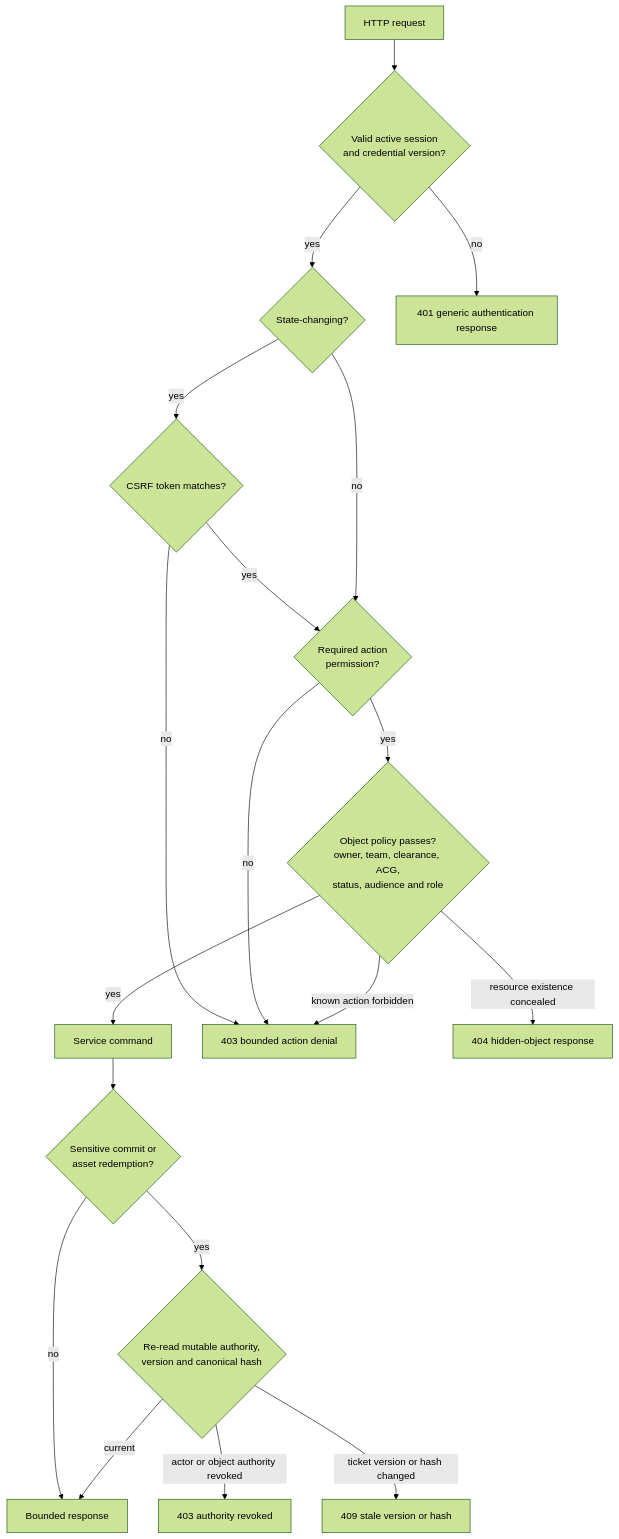
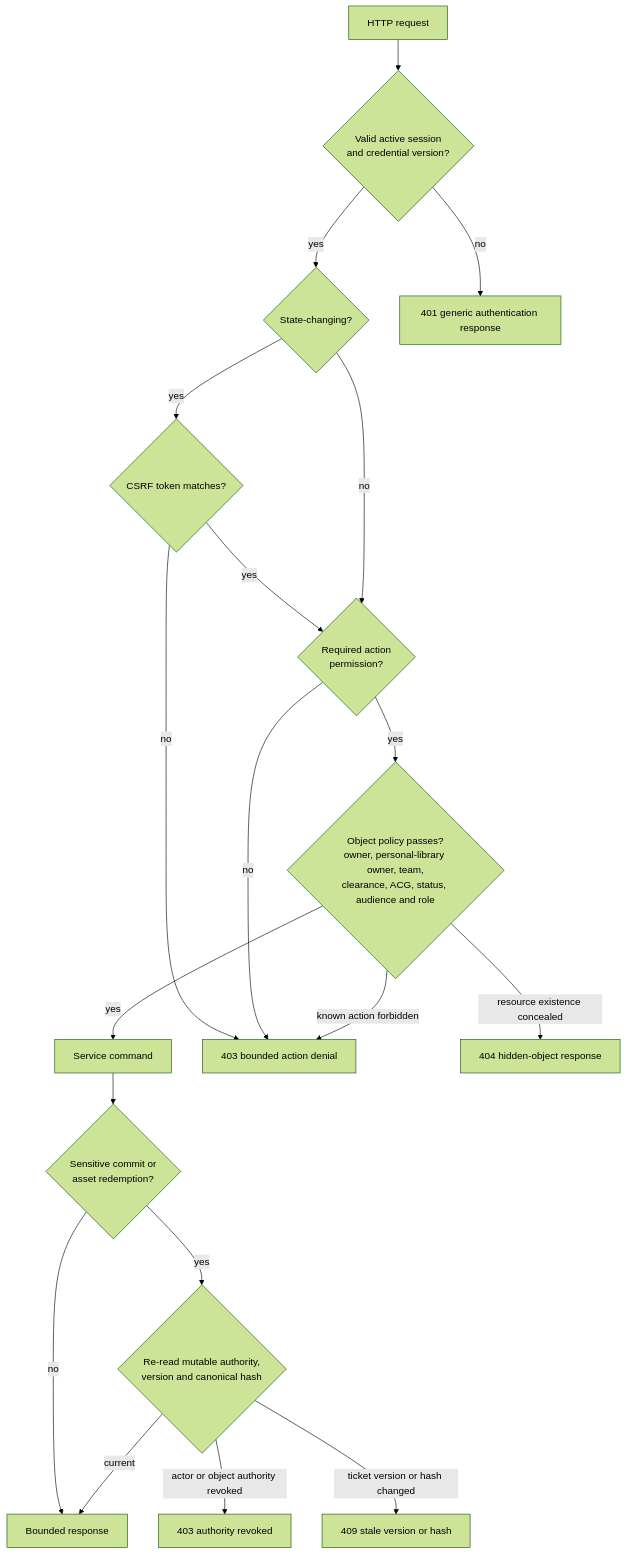
The second of 6 diagrams in docs/architecture/SECURITY_AND_TRUST.md (ShabalalaWATP/Coeus), drawn with Mermaid (forest theme) before and after one commit. The commit also changed other lines of this file and 36 other files, not shown here.

Commit message:
docs: refresh interface and architecture guidance

````diff
--- a/docs/architecture/SECURITY_AND_TRUST.md
+++ b/docs/architecture/SECURITY_AND_TRUST.md
@@ -62,39 +62,39 @@
 ```mermaid
 flowchart TB
     accTitle: Request authentication and object-policy decision
     accDescr: Session and active-account checks precede mutation-only CSRF, action permission and object policy; hidden objects return not-found and sensitive commits recheck authority.
 
     REQ["HTTP request"]
     SESSION{"Valid active session<br/>and credential version?"}
     MUT{"State-changing?"}
     CSRF{"CSRF token matches?"}
     PERM{"Required action<br/>permission?"}
-    OBJECT{"Object policy passes?<br/>owner, team, clearance, ACG,<br/>status, audience and role"}
+    OBJECT{"Object policy passes?<br/>owner, personal-library owner, team,<br/>clearance, ACG, status, audience and role"}
     SERVICE["Service command"]
     FINAL{"Sensitive commit or<br/>asset redemption?"}
     FENCE{"Re-read mutable authority,<br/>version and canonical hash"}
     OK["Bounded response"]
     UNAUTH["401 generic authentication response"]
     FORBID["403 bounded action denial"]
     REVOKED["403 authority revoked"]
     HIDDEN["404 hidden-object response"]
     CONFLICT["409 stale version or hash"]
 
     REQ --> SESSION
     SESSION -->|"no"| UNAUTH
     SESSION -->|"yes"| MUT
     MUT -->|"yes"| CSRF
     CSRF -->|"no"| FORBID
     CSRF -->|"yes"| PERM
     MUT -->|"no"| PERM
     PERM -->|"no"| FORBID
     PERM -->|"yes"| OBJECT
     OBJECT -->|"known action forbidden"| FORBID
     OBJECT -->|"resource existence concealed"| HIDDEN
     OBJECT -->|"yes"| SERVICE --> FINAL
     FINAL -->|"no"| OK
     FINAL -->|"yes"| FENCE
     FENCE -->|"actor or object authority revoked"| REVOKED
     FENCE -->|"ticket version or hash changed"| CONFLICT
     FENCE -->|"current"| OK
 ```
````
